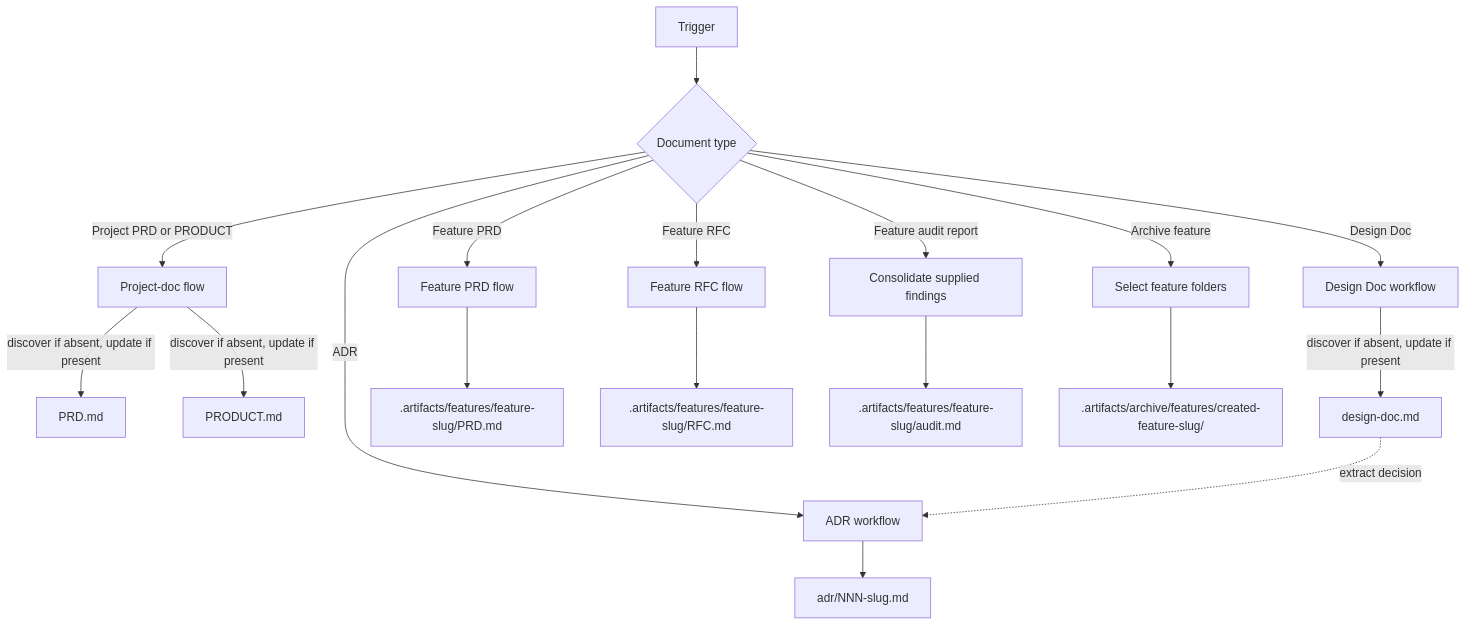
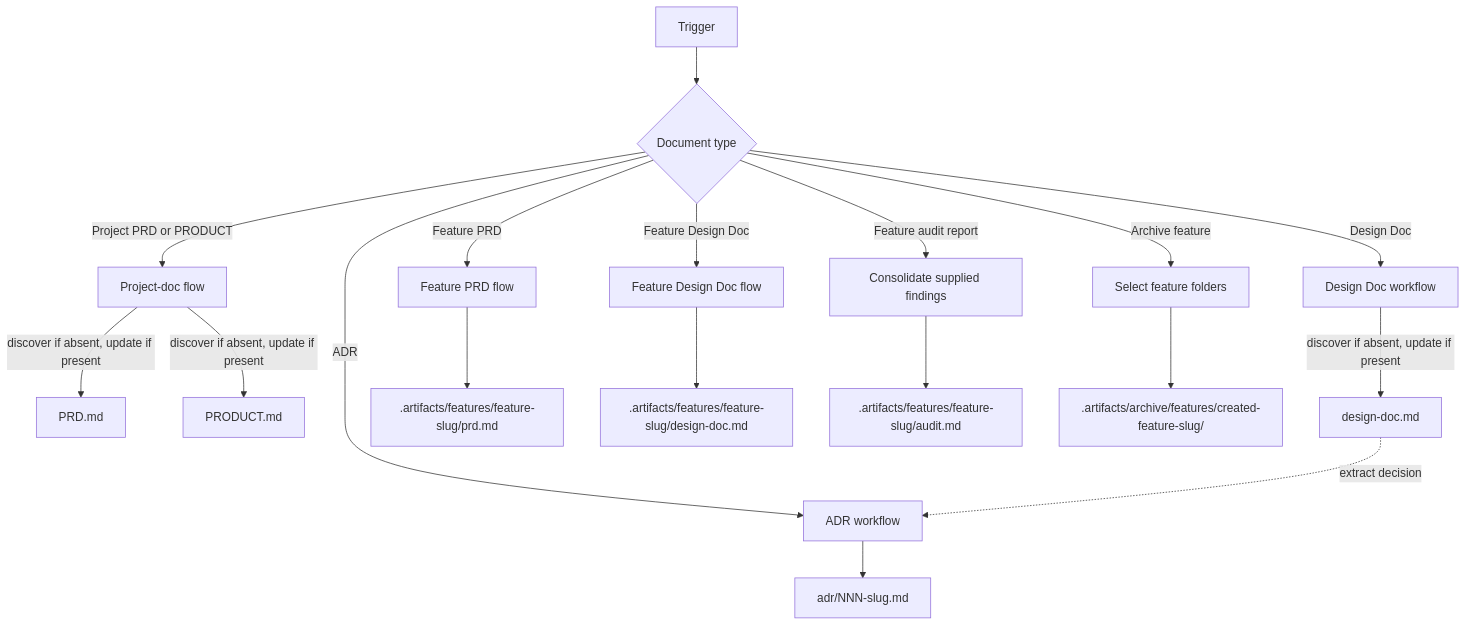
One commit to adeonir/agent-skills changed the diagram in skills/product/docs-writer/README.md. Above: the diagram before and after it, drawn with Mermaid. The commit also changed other lines of this file and 20 other files, not shown here.

Commit message:
feat(docs-writer): trim the document templates and rename feature RFC to design doc

````diff
--- a/skills/product/docs-writer/README.md
+++ b/skills/product/docs-writer/README.md
@@ -7,20 +7,20 @@
 ```mermaid
 flowchart TD
     T[Trigger] --> R{Document type}
     R -->|Project PRD or PRODUCT| PD[Project-doc flow]
     R -->|Feature PRD| FP[Feature PRD flow]
-    R -->|Feature RFC| FR[Feature RFC flow]
+    R -->|Feature Design Doc| FR[Feature Design Doc flow]
     R -->|Feature audit report| FA[Consolidate supplied findings]
     R -->|Design Doc| DD[Design Doc workflow]
     R -->|ADR| ADR[ADR workflow]
     R -->|Archive feature| AR[Select feature folders]
     PD -->|discover if absent, update if present| P[PRD.md]
     PD -->|discover if absent, update if present| PM[PRODUCT.md]
     DD -->|discover if absent, update if present| D[design-doc.md]
     ADR --> A[adr/NNN-slug.md]
-    FP --> FPM[.artifacts/features/feature-slug/PRD.md]
-    FR --> FRM[.artifacts/features/feature-slug/RFC.md]
+    FP --> FPM[.artifacts/features/feature-slug/prd.md]
+    FR --> FRM[.artifacts/features/feature-slug/design-doc.md]
     FA --> FAM[.artifacts/features/feature-slug/audit.md]
     AR --> ARM[.artifacts/archive/features/created-feature-slug/]
     D -.->|extract decision| ADR
 ```
````
